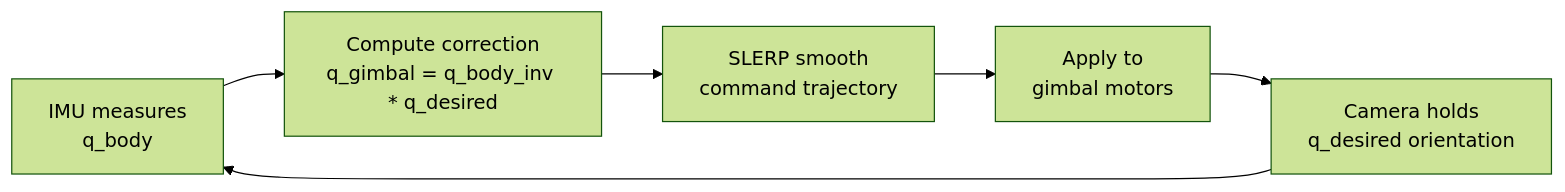
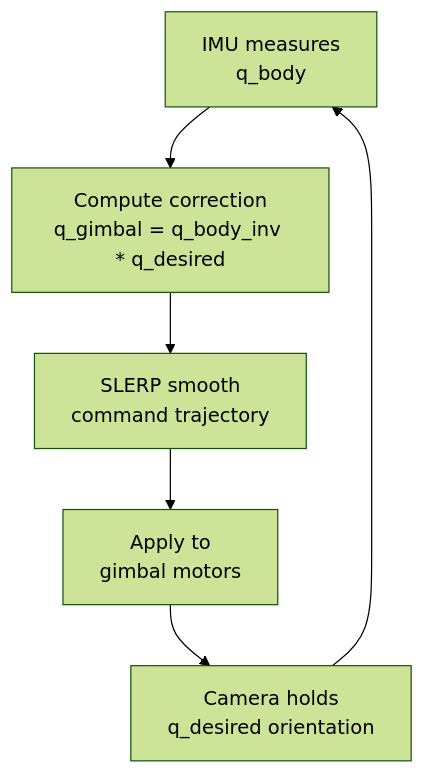
The diagram in orientation-quaternions.mdx (SiliconWit/robotics), drawn with Mermaid (forest theme) before and after one commit. The commit also changed 1 other file, not shown here.

Commit message:
Convert horizontal mermaid flowcharts to vertical for better mobile readability

````diff
--- a/orientation-quaternions.mdx
+++ b/orientation-quaternions.mdx
@@ -721,8 +721,8 @@
 ```mermaid
-flowchart LR
+flowchart TD
     A[IMU measures\nq_body] --> B[Compute correction\nq_gimbal = q_body_inv * q_desired]
     B --> C[SLERP smooth\ncommand trajectory]
     C --> D[Apply to\ngimbal motors]
     D --> E[Camera holds\nq_desired orientation]
     E --> A
 ```
````
